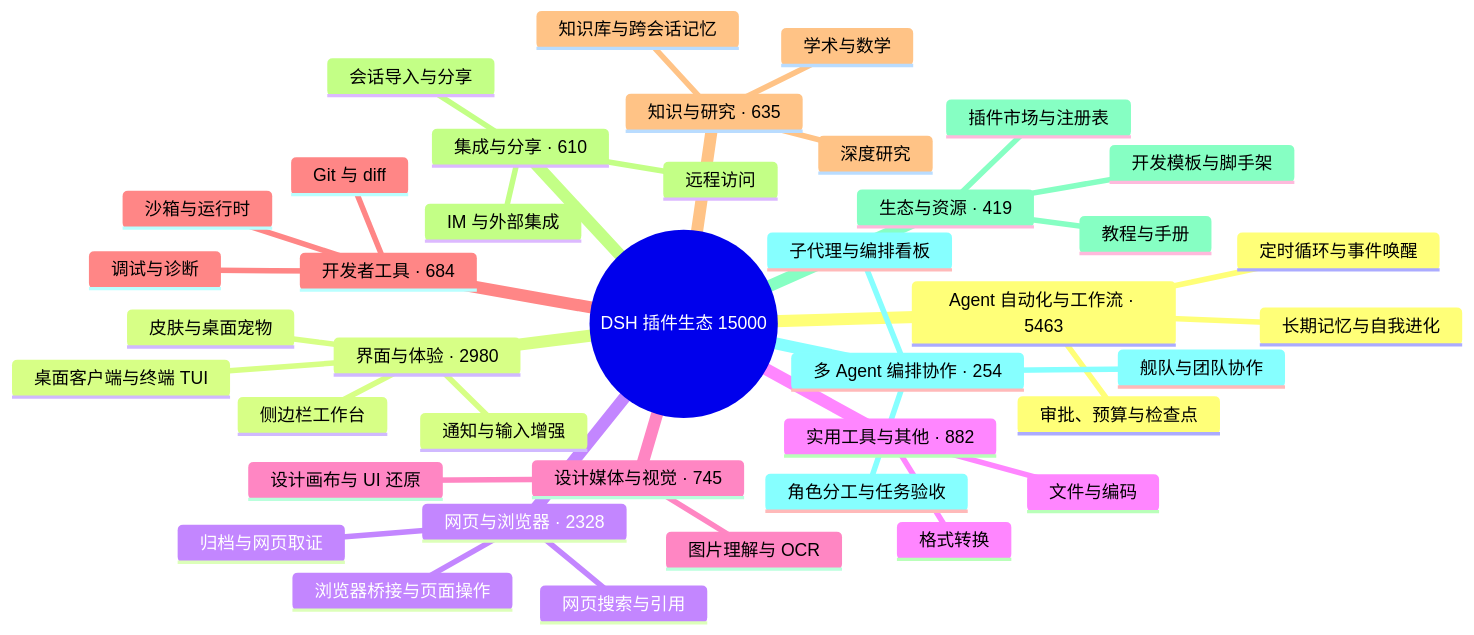
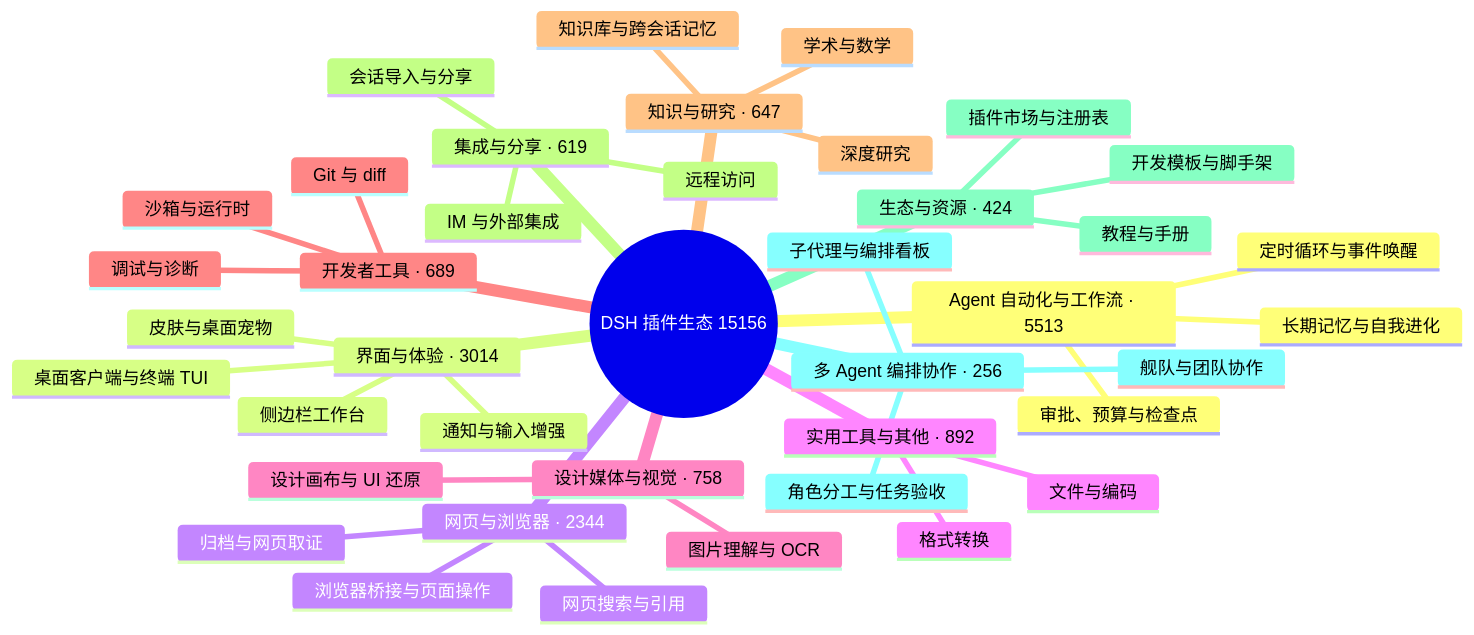
The diagram in README.md (bruc3van/awesome-dsh-plugin), drawn with Mermaid before and after one commit. The commit also changed other lines of this file and 20 other files, not shown here.

````diff
--- a/README.md
+++ b/README.md
@@ -16,43 +16,43 @@
 ```mermaid
 mindmap
-  root((DSH 插件生态 15000))
-    Agent 自动化与工作流 · 5463
+  root((DSH 插件生态 15156))
+    Agent 自动化与工作流 · 5513
       定时循环与事件唤醒
       长期记忆与自我进化
       审批、预算与检查点
-    界面与体验 · 2980
+    界面与体验 · 3014
       桌面客户端与终端 TUI
       侧边栏工作台
       皮肤与桌面宠物
       通知与输入增强
-    网页与浏览器 · 2328
+    网页与浏览器 · 2344
       浏览器桥接与页面操作
       网页搜索与引用
       归档与网页取证
-    实用工具与其他 · 882
+    实用工具与其他 · 892
       文件与编码
       格式转换
-    设计媒体与视觉 · 745
+    设计媒体与视觉 · 758
       图片理解与 OCR
       设计画布与 UI 还原
-    开发者工具 · 684
+    开发者工具 · 689
       Git 与 diff
       沙箱与运行时
       调试与诊断
-    知识与研究 · 635
+    知识与研究 · 647
       知识库与跨会话记忆
       深度研究
       学术与数学
-    集成与分享 · 610
+    集成与分享 · 619
       会话导入与分享
       远程访问
       IM 与外部集成
-    生态与资源 · 419
+    生态与资源 · 424
       插件市场与注册表
       开发模板与脚手架
       教程与手册
-    多 Agent 编排协作 · 254
+    多 Agent 编排协作 · 256
       子代理与编排看板
       舰队与团队协作
       角色分工与任务验收
 ```
````
